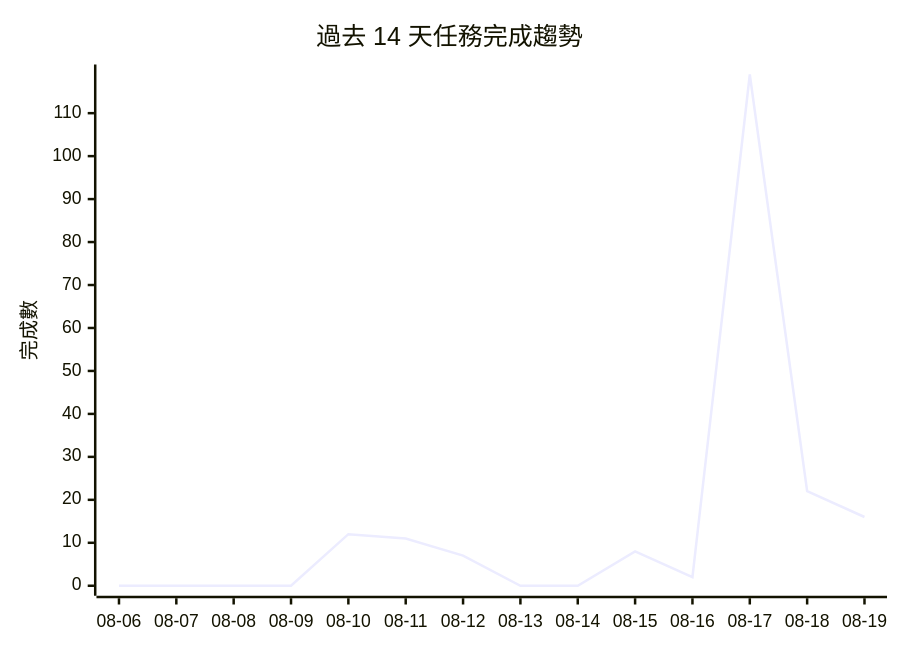
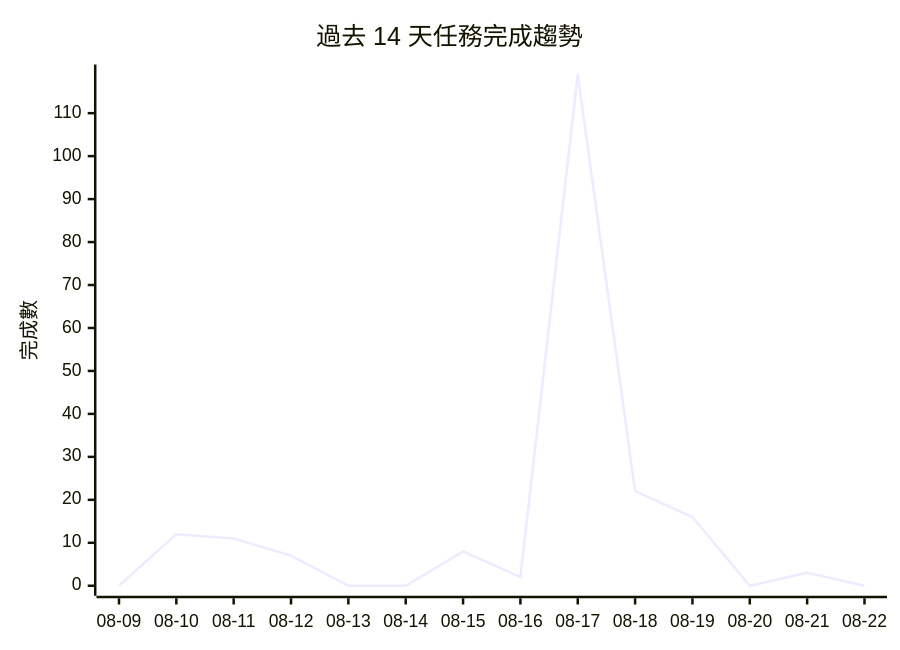
One commit to gentoobreaking/ai-tasks changed the diagram in PROJECTS.md. Above: the diagram before and after it, drawn with Mermaid. The commit also changed other lines of this file and 67 other files, not shown here.

````diff
--- a/PROJECTS.md
+++ b/PROJECTS.md
@@ -112,7 +114,7 @@
 ```mermaid
 xychart-beta
     title "過去 14 天任務完成趨勢"
-    x-axis ["08-06", "08-07", "08-08", "08-09", "08-10", "08-11", "08-12", "08-13", "08-14", "08-15", "08-16", "08-17", "08-18", "08-19"]
+    x-axis ["08-09", "08-10", "08-11", "08-12", "08-13", "08-14", "08-15", "08-16", "08-17", "08-18", "08-19", "08-20", "08-21", "08-22"]
     y-axis "完成數" 0 --> 119
-    line [0, 0, 0, 0, 12, 11, 7, 0, 0, 8, 2, 119, 22, 16]
+    line [0, 12, 11, 7, 0, 0, 8, 2, 119, 22, 16, 0, 3, 0]
 ```
````
